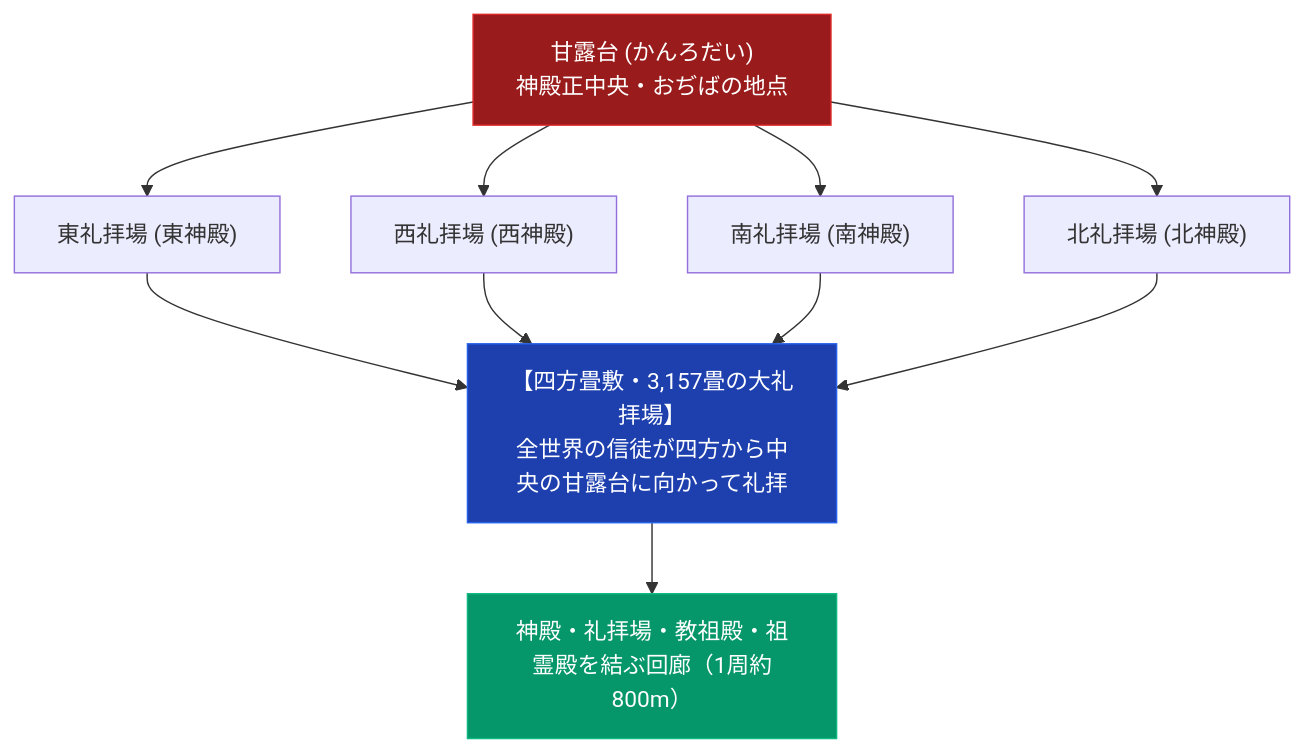
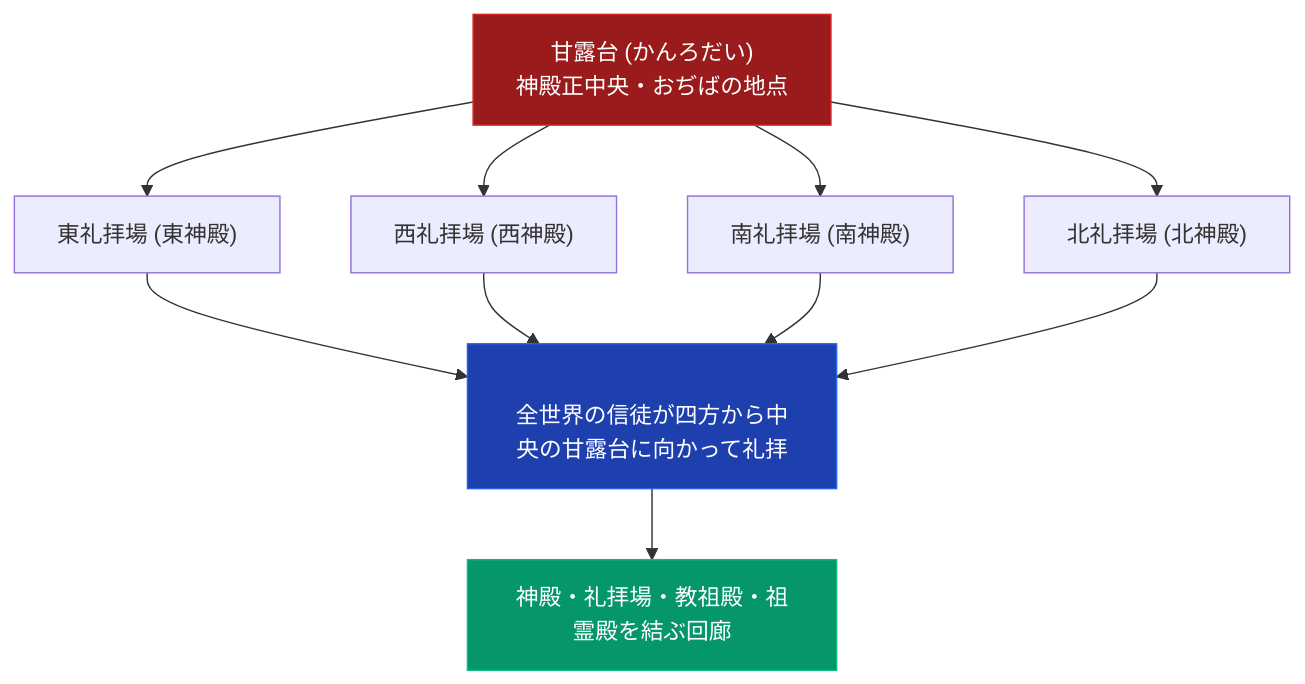
The diagram in content/01_宗派・異端研究/10_概念・原典・事件・拠点/宗教都市天理の誕生と神殿建築.md (iida-masashi/religion-garden), drawn with Mermaid before and after one commit. The commit also changed other lines of this file and 251 other files, not shown here.

````diff
--- a/content/01_宗派・異端研究/10_概念・原典・事件・拠点/宗教都市天理の誕生と神殿建築.md
+++ b/content/01_宗派・異端研究/10_概念・原典・事件・拠点/宗教都市天理の誕生と神殿建築.md
@@ -23,15 +23,15 @@
 ```mermaid
 graph TD
-    A["<div style='color:#ffffff;'>甘露台 (かんろだい) <br>神殿正中央・おぢばの地点</div>"] --> B1["東礼拝場 (東神殿)"]
-    A --> B2["西礼拝場 (西神殿)"]
-    A --> B3["南礼拝場 (南神殿)"]
-    A --> B4["北礼拝場 (北神殿)"]
-    
-    B1 & B2 & B3 & B4 --> C["<div style='color:#ffffff;'>【四方畳敷・3,157畳の大礼拝場】<br>全世界の信徒が四方から中央の甘露台に向かって礼拝</div>"]
-    
-    C --> D["<div style='color:#ffffff;'>神殿・礼拝場・教祖殿・祖霊殿を結ぶ回廊（1周約800m）</div>"]
-    
-    style A fill:#991b1b,stroke:#dc2626,color:#fff
-    style C fill:#1e40af,stroke:#2563eb,color:#fff
-    style D fill:#059669,stroke:#10b981,color:#fff
+A["<div style='color:#ffffff;'>甘露台 (かんろだい) <br>神殿正中央・おぢばの地点</div>"] --> B1["東礼拝場 (東神殿)"]
+A --> B2["西礼拝場 (西神殿)"]
+A --> B3["南礼拝場 (南神殿)"]
+A --> B4["北礼拝場 (北神殿)"]
+
+B1 & B2 & B3 & B4 --> C["<div style='color:#ffffff;'><br>全世界の信徒が四方から中央の甘露台に向かって礼拝</div>"]
+
+C --> D["<div style='color:#ffffff;'>神殿・礼拝場・教祖殿・祖霊殿を結ぶ回廊</div>"]
+
+style A fill:#991b1b,stroke:#dc2626,color:#fff
+style C fill:#1e40af,stroke:#2563eb,color:#fff
+style D fill:#059669,stroke:#10b981,color:#fff
 ```
````
